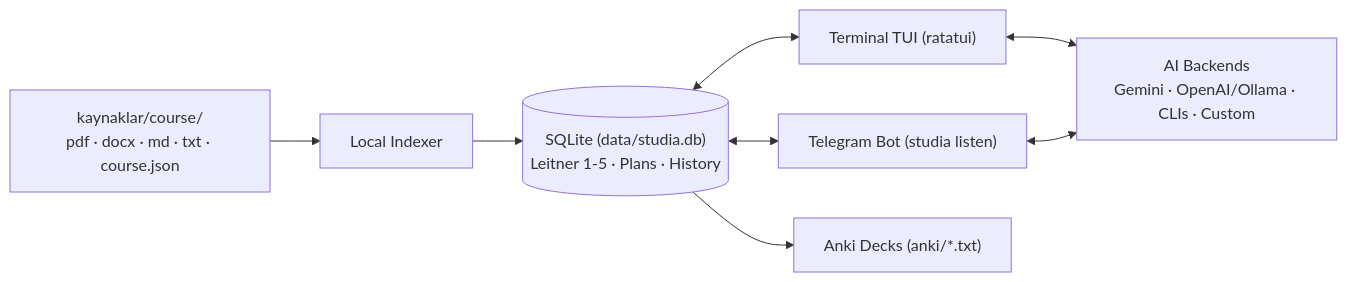
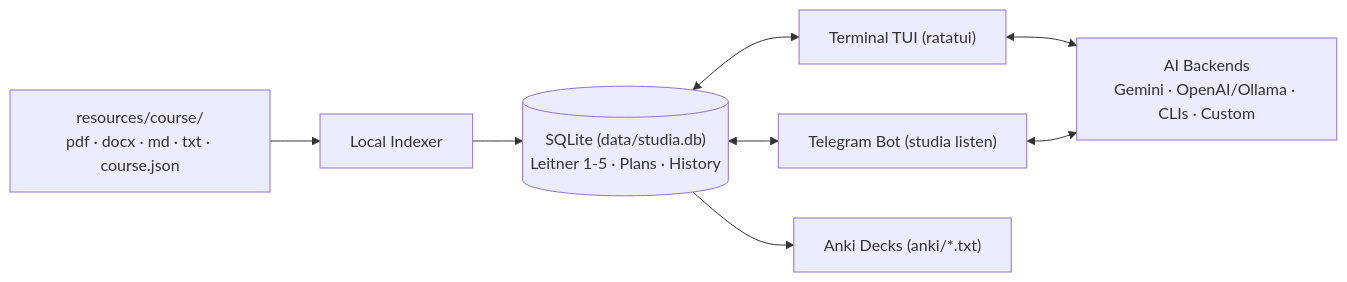
One commit to zodicall/studia changed the diagram in README.md. Above: the diagram before and after it, drawn with Mermaid. The commit also changed other lines of this file and 21 other files, not shown here.

````diff
--- a/README.md
+++ b/README.md
@@ -32,10 +32,10 @@
 ```mermaid
 flowchart LR
-  Notes["kaynaklar/course/\npdf · docx · md · txt · course.json"] --> Indexer["Local Indexer"]
+  Notes["resources/course/\npdf · docx · md · txt · course.json"] --> Indexer["Local Indexer"]
   Indexer --> DB[("SQLite (data/studia.db)\nLeitner 1-5 · Plans · History")]
   DB <--> TUI["Terminal TUI (ratatui)"]
   DB <--> Bot["Telegram Bot (studia listen)"]
   TUI <--> AI["AI Backends\nGemini · OpenAI/Ollama · CLIs · Custom"]
   Bot <--> AI
   DB --> Anki["Anki Decks (anki/*.txt)"]
 ```
````
